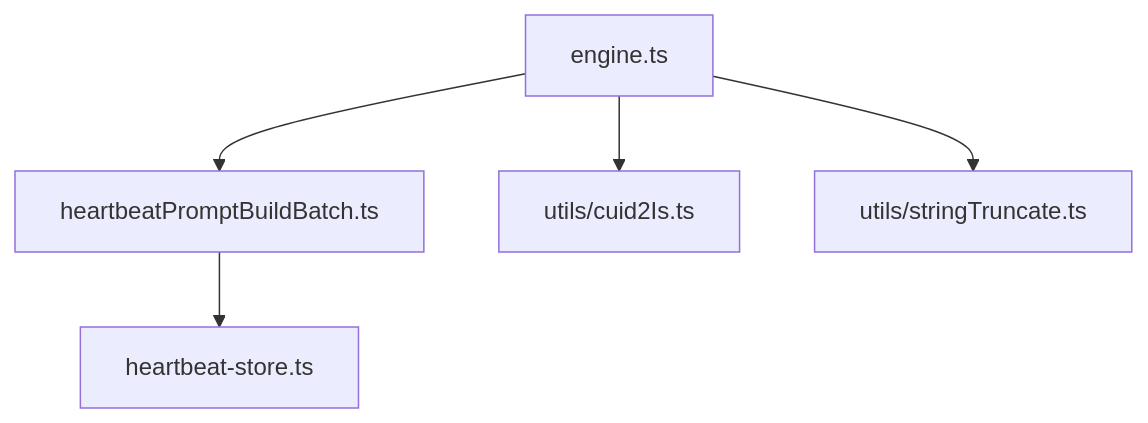
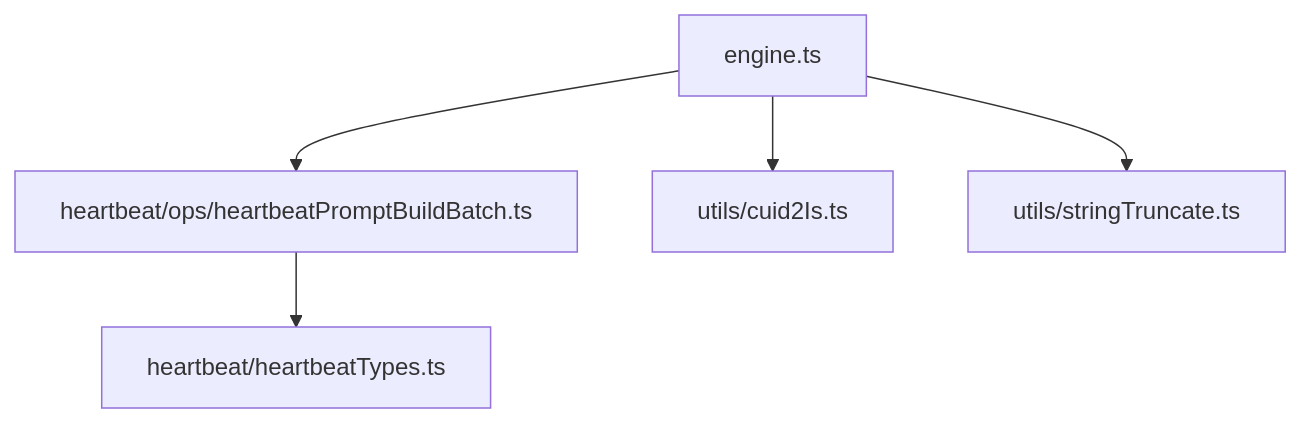
Before and after one commit to ex3ndr/daycare: the diagram in docs/engine-heartbeat-utils.md, drawn with Mermaid. The commit also changed 76 other files, not shown here.

Commit message:
refactor(engine): simplify agent context and ops

````diff
--- a/docs/engine-heartbeat-utils.md
+++ b/docs/engine-heartbeat-utils.md
@@ -5,7 +5,7 @@
 ```mermaid
 flowchart TD
-  Engine[engine.ts] --> HeartbeatPrompt[heartbeatPromptBuildBatch.ts]
+  Engine[engine.ts] --> HeartbeatPrompt[heartbeat/ops/heartbeatPromptBuildBatch.ts]
   Engine --> Cuid2Is[utils/cuid2Is.ts]
   Engine --> StringTruncate[utils/stringTruncate.ts]
-  HeartbeatPrompt --> HeartbeatDefinition[heartbeat-store.ts]
+  HeartbeatPrompt --> HeartbeatDefinition[heartbeat/heartbeatTypes.ts]
 ```
````
